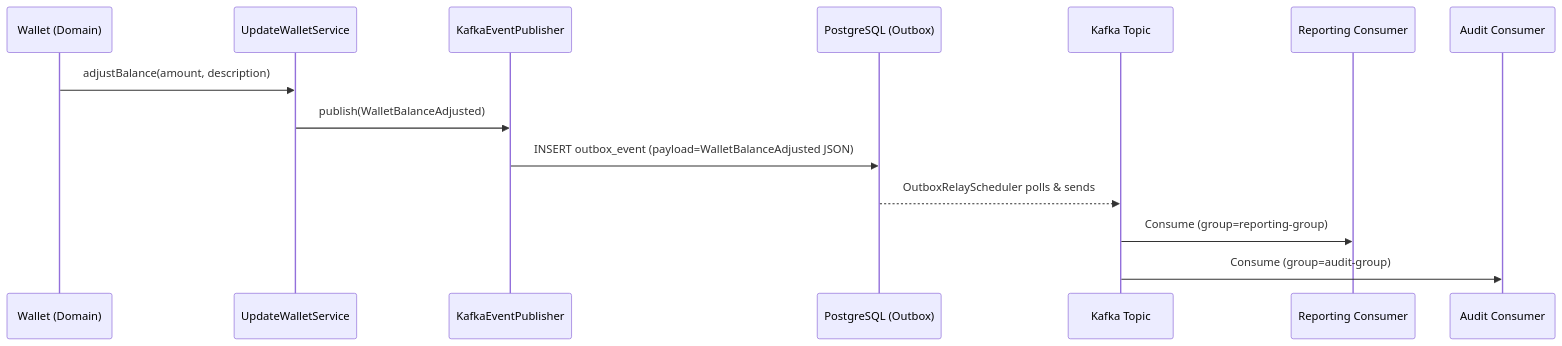
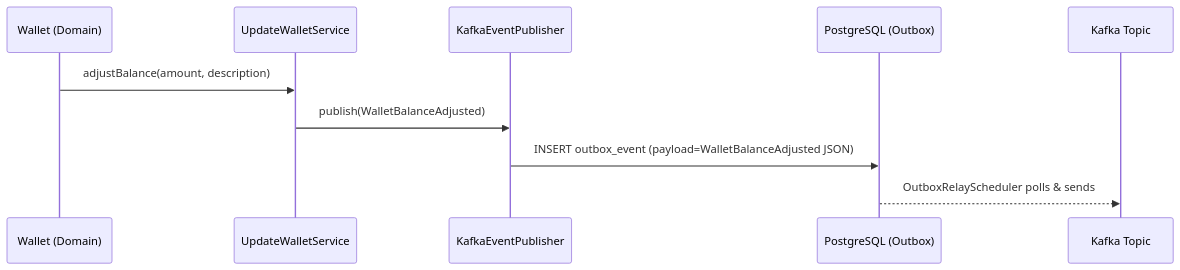
One commit to AlexAlvarezGallardo-GitHub/Aegis changed the second of 2 diagrams in docs/obsidian/03 - Domain Events/WalletBalanceAdjusted.md. Above: the diagram before and after it, drawn with Mermaid. The commit also changed other lines of this file and 87 other files, not shown here.

````diff
--- a/docs/obsidian/03 - Domain Events/WalletBalanceAdjusted.md
+++ b/docs/obsidian/03 - Domain Events/WalletBalanceAdjusted.md
@@ -25,17 +21,13 @@
 ```mermaid
 sequenceDiagram
     participant Wallet as Wallet (Domain)
     participant Svc as UpdateWalletService
     participant Pub as KafkaEventPublisher
     participant DB as PostgreSQL (Outbox)
     participant Kafka as Kafka Topic
-    participant Report as Reporting Consumer
-    participant Audit as Audit Consumer
 
     Wallet->>Svc: adjustBalance(amount, description)
     Svc->>Pub: publish(WalletBalanceAdjusted)
     Pub->>DB: INSERT outbox_event (payload=WalletBalanceAdjusted JSON)
     DB-->>Kafka: OutboxRelayScheduler polls & sends
-    Kafka->>Report: Consume (group=reporting-group)
-    Kafka->>Audit: Consume (group=audit-group)
 ```
````
